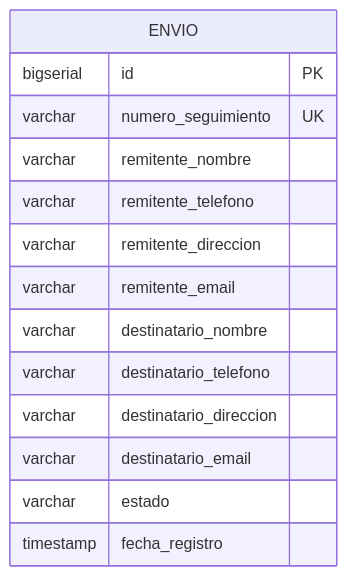
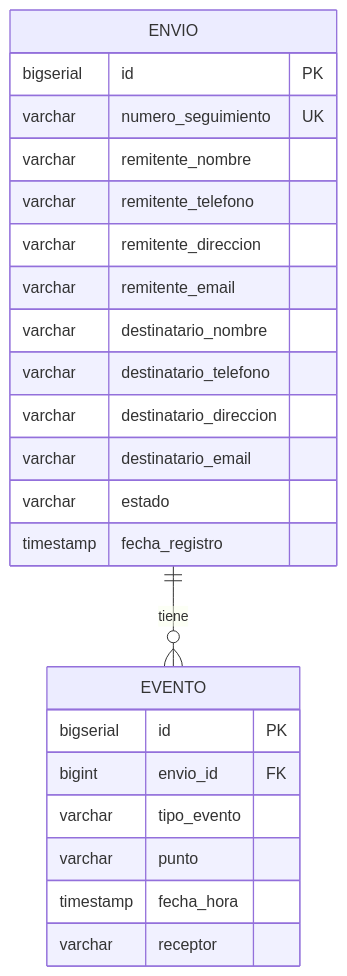
One commit to Alejandro-Botero/tracking-logistico-database changed the diagram in README.md. Above: the diagram before and after it, drawn with Mermaid. The commit also changed other lines of this file and 3 other files, not shown here.

````diff
--- a/README.md
+++ b/README.md
@@ -10,17 +11,28 @@
 ```mermaid
 erDiagram
+    ENVIO ||--o{ EVENTO : "tiene"
+
     ENVIO {
         bigserial id PK
         varchar numero_seguimiento UK
         varchar remitente_nombre
         varchar remitente_telefono
         varchar remitente_direccion
         varchar remitente_email
         varchar destinatario_nombre
         varchar destinatario_telefono
         varchar destinatario_direccion
         varchar destinatario_email
         varchar estado
         timestamp fecha_registro
     }
+
+    EVENTO {
+        bigserial id PK
+        bigint envio_id FK
+        varchar tipo_evento
+        varchar punto
+        timestamp fecha_hora
+        varchar receptor
+    }
 ```
````
